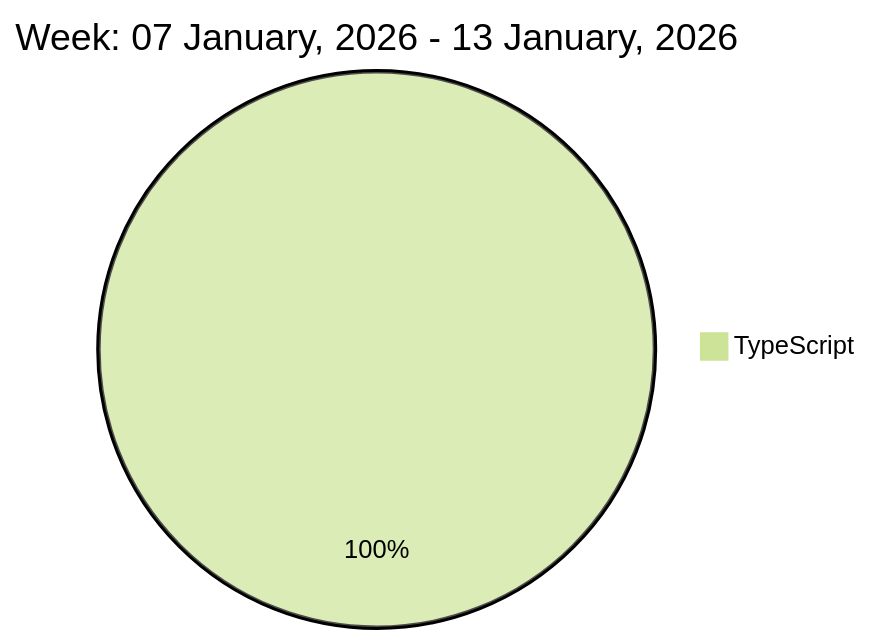
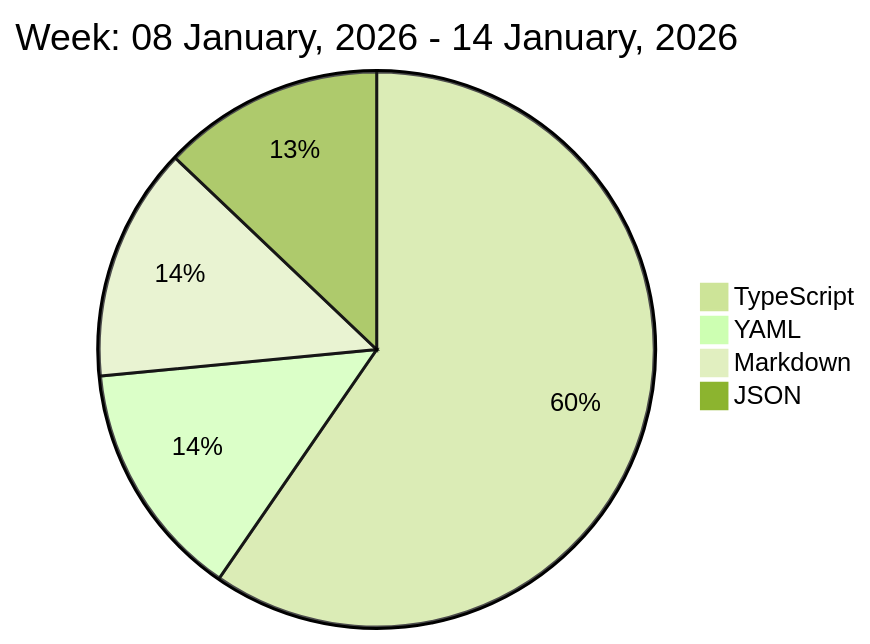
The diagram in README.md (liubin95/liubin95), drawn with Mermaid (forest theme) before and after one commit.

Commit message:
Updated the Graph with new Metrics

````diff
--- a/README.md
+++ b/README.md
@@ -37,5 +37,8 @@
 ```mermaid
  pie
-title Week: 07 January, 2026 - 13 January, 2026
- "TypeScript" : 9.73
+title Week: 08 January, 2026 - 14 January, 2026
+ "TypeScript" : 9.1
+ "YAML" : 2.12
+ "Markdown" : 2.08
+ "JSON" : 1.97
 ```
````
